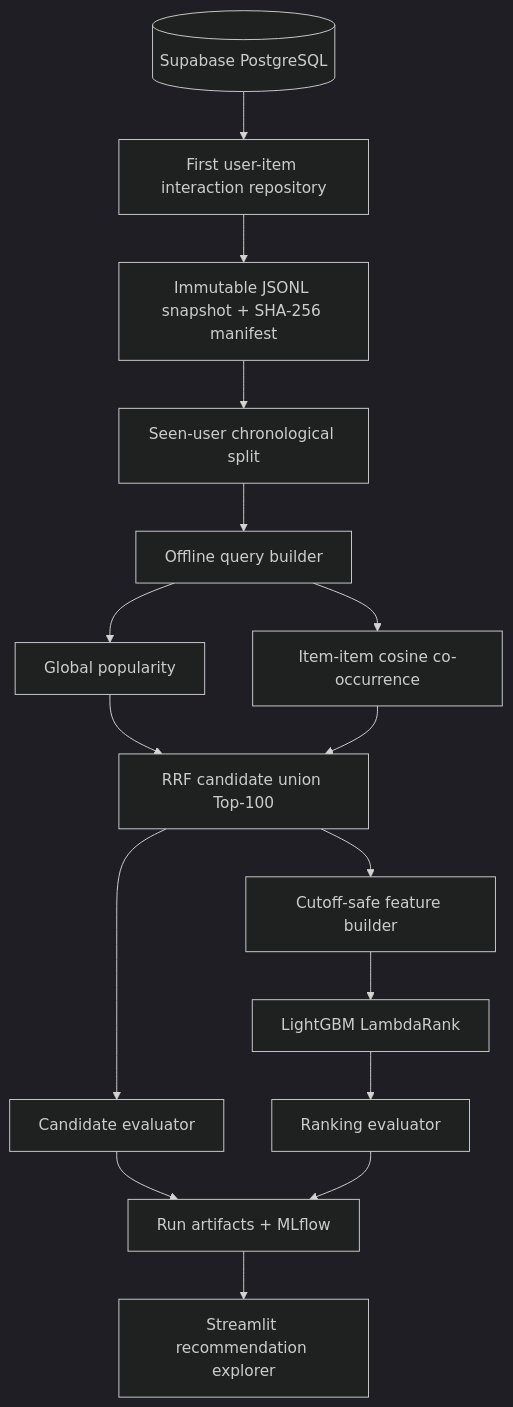
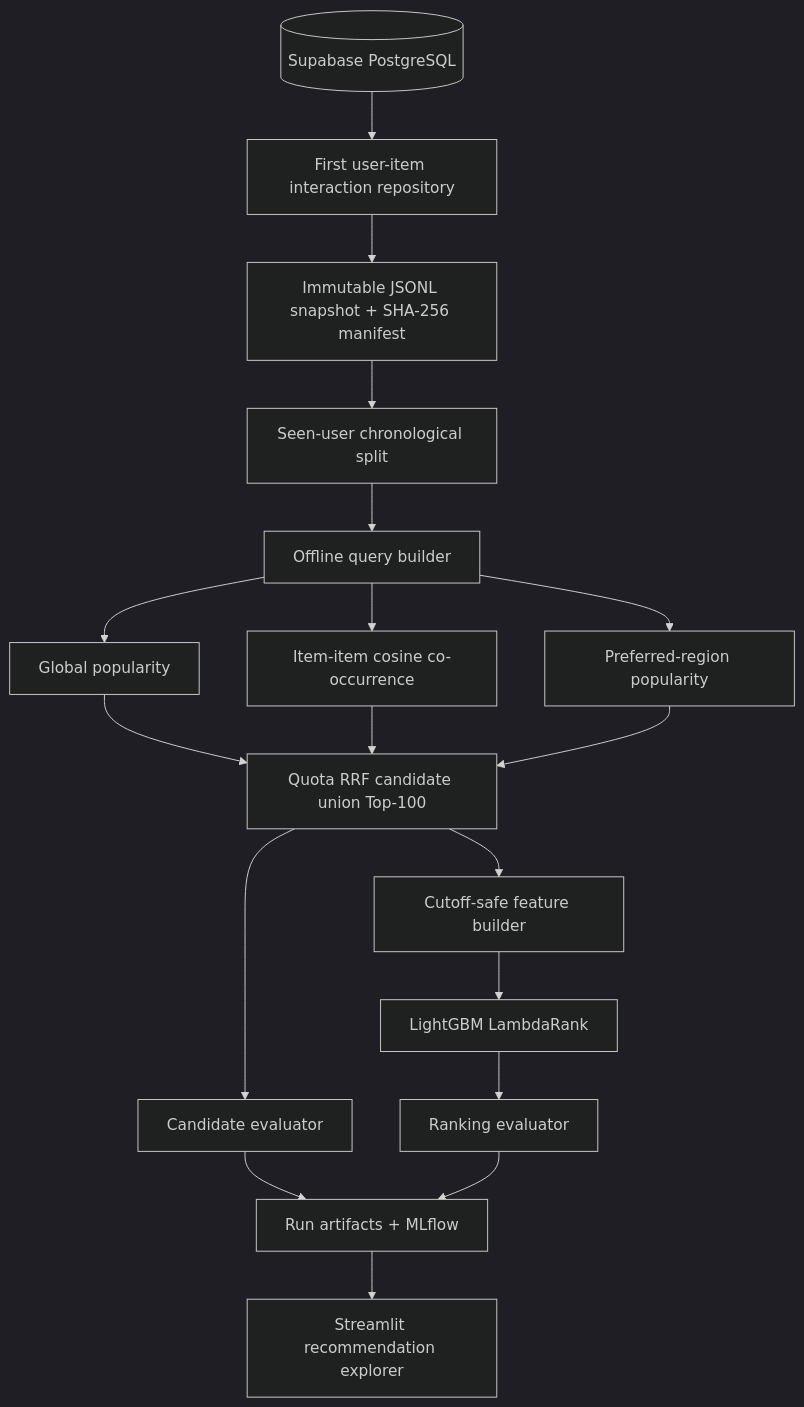
One commit to han942/ai-ds-projects changed the diagram in projects/rating_recsys/BASELINE_MODEL.md. Above: the diagram before and after it, drawn with Mermaid (dark theme). The commit also changed other lines of this file and 14 other files, not shown here.

Commit message:
- query 개당 interaction 전체 필터링 + 재계산 삭제 -> 시간순으로 처리하며 interaction 정보만 추가 - region_popularity source 추가 (=과거 interaction * region_preference - Adding Parquet data format, deducing storage rate for expirement data

````diff
--- a/projects/rating_recsys/BASELINE_MODEL.md
+++ b/projects/rating_recsys/BASELINE_MODEL.md
@@ -24,18 +25,20 @@
 ```mermaid
 flowchart TD
     DB[(Supabase PostgreSQL)] --> R[First user-item interaction repository]
     R --> S[Immutable JSONL snapshot + SHA-256 manifest]
     S --> P[Seen-user chronological split]
     P --> Q[Offline query builder]
     Q --> POP[Global popularity]
     Q --> I2I[Item-item cosine co-occurrence]
-    POP --> RRF[RRF candidate union Top-100]
+    Q --> REG[Preferred-region popularity]
+    POP --> RRF[Quota RRF candidate union Top-100]
     I2I --> RRF
+    REG --> RRF
     RRF --> F[Cutoff-safe feature builder]
     F --> LTR[LightGBM LambdaRank]
     RRF --> CE[Candidate evaluator]
     LTR --> RE[Ranking evaluator]
     CE --> A[Run artifacts + MLflow]
     RE --> A
     A --> UI[Streamlit recommendation explorer]
 ```
````
